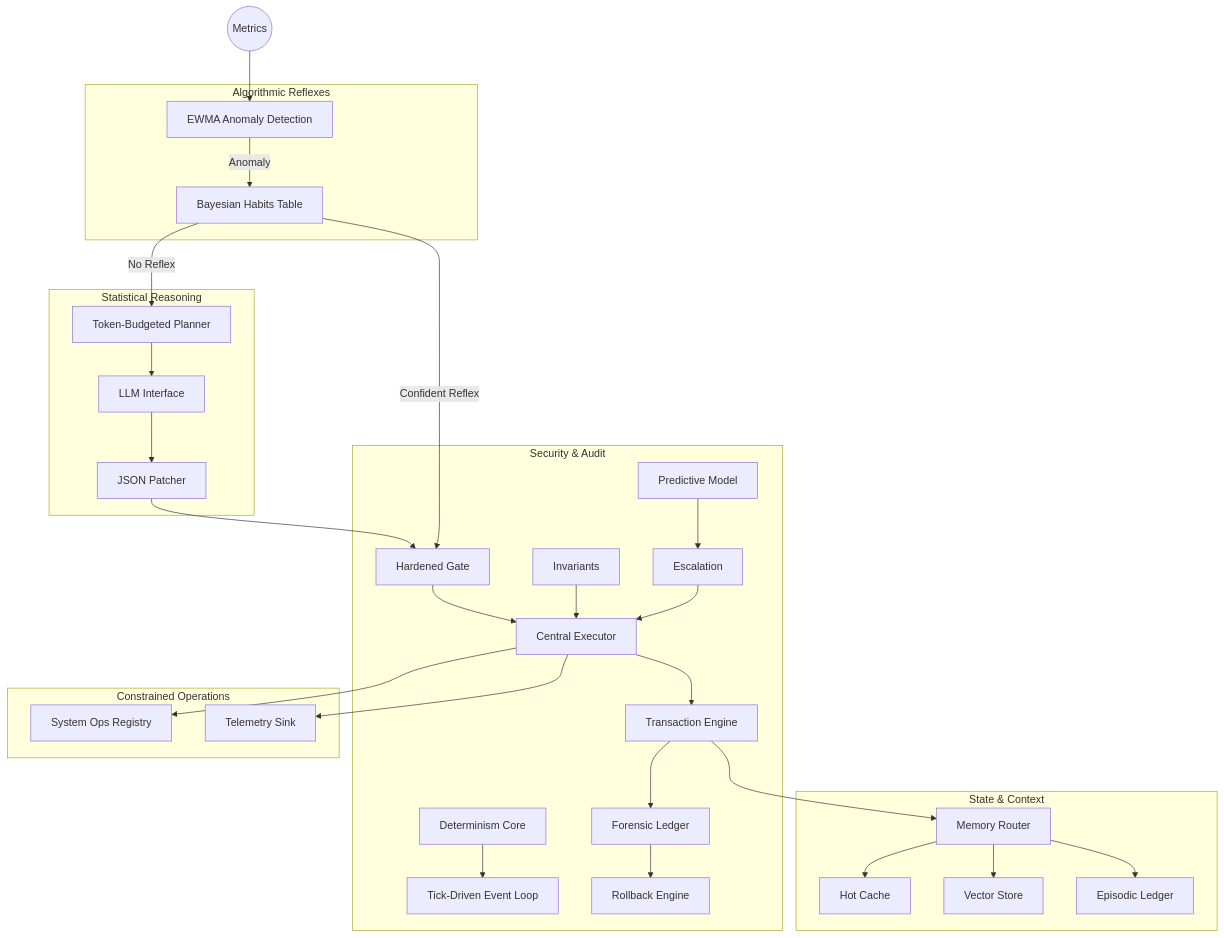
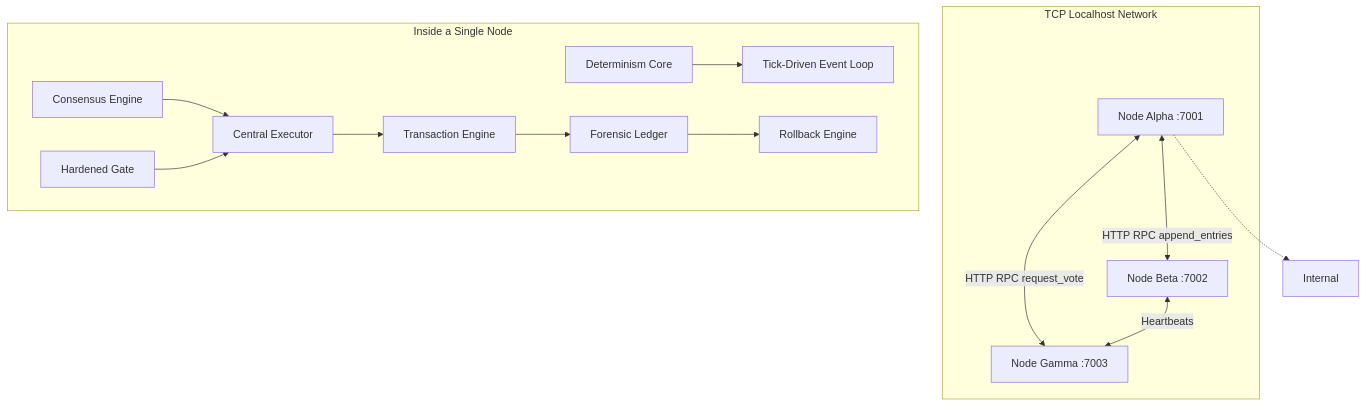
Before and after one commit to dawsonblock/Dev-bot: the diagram in README.md, drawn with Mermaid. The commit also changed other lines of this file and 14 other files, not shown here.

````diff
--- a/README.md
+++ b/README.md
@@ -29,45 +33,23 @@
 ```mermaid
 graph TD
-    subgraph Kernel [Security & Audit]
+    subgraph Cluster OS [TCP Localhost Network]
+        NodeAlpha[Node Alpha :7001]
+        NodeBeta[Node Beta :7002]
+        NodeGamma[Node Gamma :7003]
+        
+        NodeAlpha <-->|HTTP RPC append_entries| NodeBeta
+        NodeAlpha <-->|HTTP RPC request_vote| NodeGamma
+        NodeBeta <-->|Heartbeats| NodeGamma
+    end
+
+    subgraph Internal Agent OS [Inside a Single Node]
         DET[Determinism Core] --> EL[Tick-Driven Event Loop]
-        G[Hardened Gate] --> EX[Central Executor]
+        C[Consensus Engine] --> EX[Central Executor]
+        G[Hardened Gate] --> EX
         EX --> TXN[Transaction Engine]
         TXN --> L[Forensic Ledger]
         L --> R[Rollback Engine]
-        INV[Invariants] --> EX
-        ESC[Escalation] --> EX
-        PRED[Predictive Model] --> ESC
     end
-
-    subgraph Memory [State & Context]
-        MR[Memory Router]
-        MR --> HC[Hot Cache]
-        MR --> VS[Vector Store]
-        MR --> EP[Episodic Ledger]
-    end
-
-    subgraph Sparse [Algorithmic Reflexes]
-        A[EWMA Anomaly Detection]
-        H[Bayesian Habits Table]
-    end
-
-    subgraph Dense [Statistical Reasoning]
-        LLM[LLM Interface]
-        P[Token-Budgeted Planner]
-        Pt[JSON Patcher]
-    end
-
-    subgraph Tools [Constrained Operations]
-        SO[System Ops Registry]
-        TEL[Telemetry Sink]
-    end
-
-    Metrics((Metrics)) --> A
-    A -- "Anomaly" --> H
-    H -- "No Reflex" --> P
-    P --> LLM --> Pt --> G
-    H -- "Confident Reflex" --> G
-    EX --> SO
-    EX --> TEL
-    TXN --> MR
+    
+    NodeAlpha -.-> Internal
 ```
````
